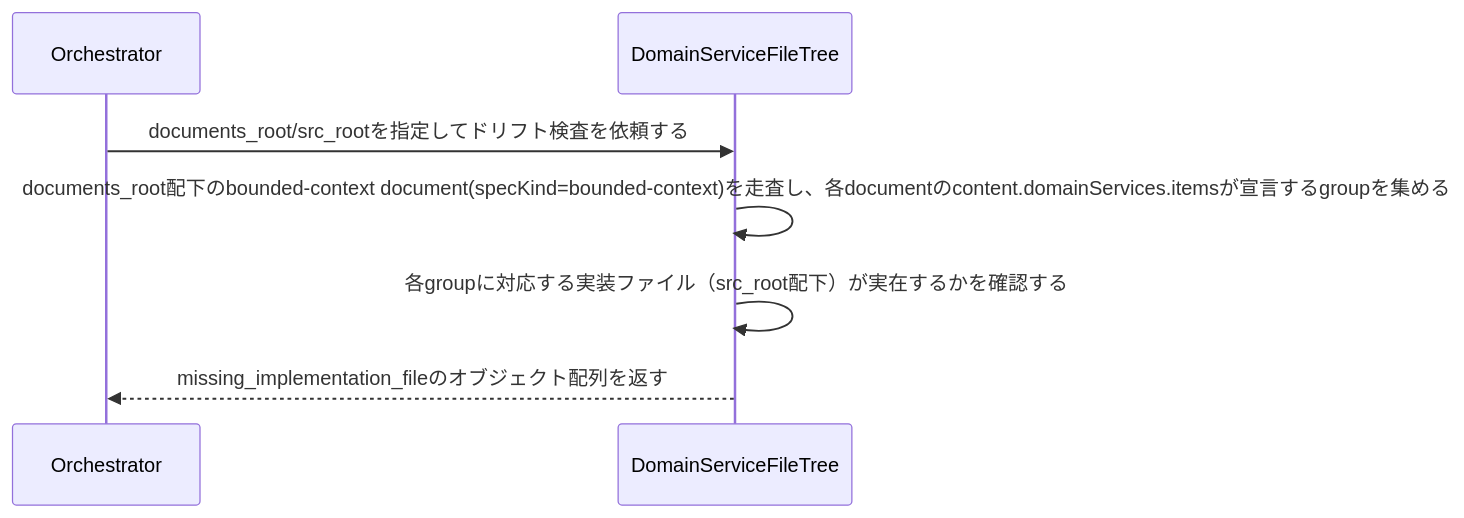
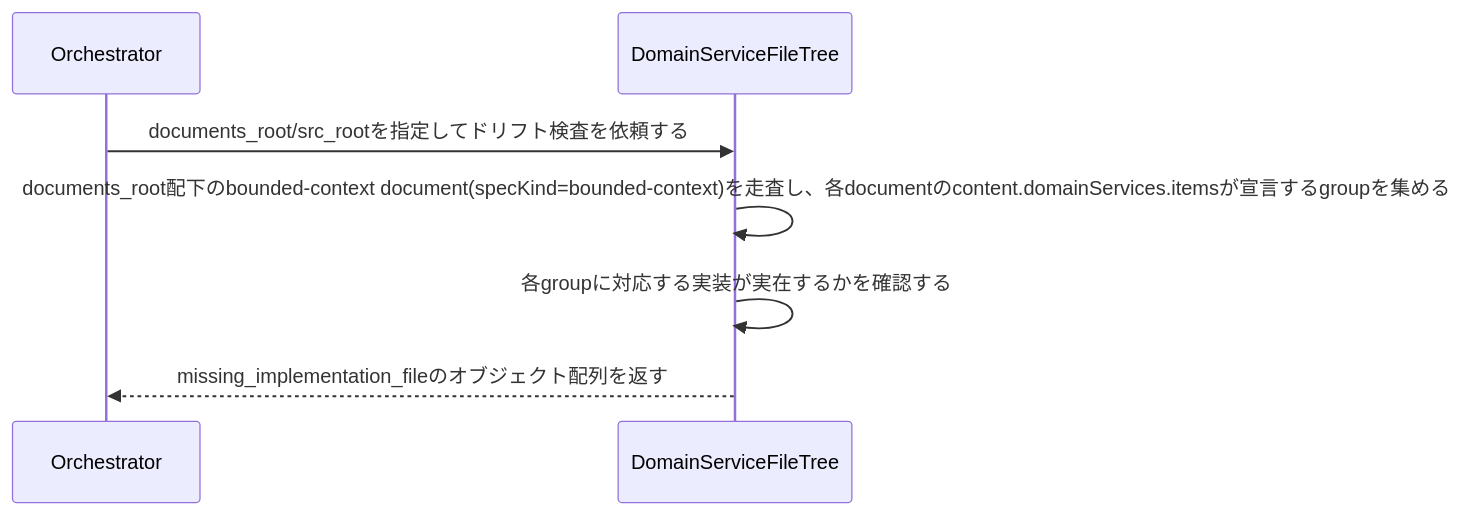
The diagram in .waffle/specs/bc-waffle/subdomain/sd-reconciliation/usecase/uc-check-domain-service-drift.md (daidaiiro-519/waffle), drawn with Mermaid before and after one commit. The commit also changed other lines of this file and 35 other files, not shown here.

````diff
--- a/.waffle/specs/bc-waffle/subdomain/sd-reconciliation/usecase/uc-check-domain-service-drift.md
+++ b/.waffle/specs/bc-waffle/subdomain/sd-reconciliation/usecase/uc-check-domain-service-drift.md
@@ -54,7 +54,7 @@
 ```mermaid
 sequenceDiagram
     Orchestrator->>DomainServiceFileTree: documents_root/src_rootを指定してドリフト検査を依頼する
     DomainServiceFileTree->>DomainServiceFileTree: documents_root配下のbounded-context document(specKind=bounded-context)を走査し、各documentのcontent.domainServices.itemsが宣言するgroupを集める
-    DomainServiceFileTree->>DomainServiceFileTree: 各groupに対応する実装ファイル（src_root配下）が実在するかを確認する
+    DomainServiceFileTree->>DomainServiceFileTree: 各groupに対応する実装が実在するかを確認する
     DomainServiceFileTree-->>Orchestrator: missing_implementation_fileのオブジェクト配列を返す
 ```
````
